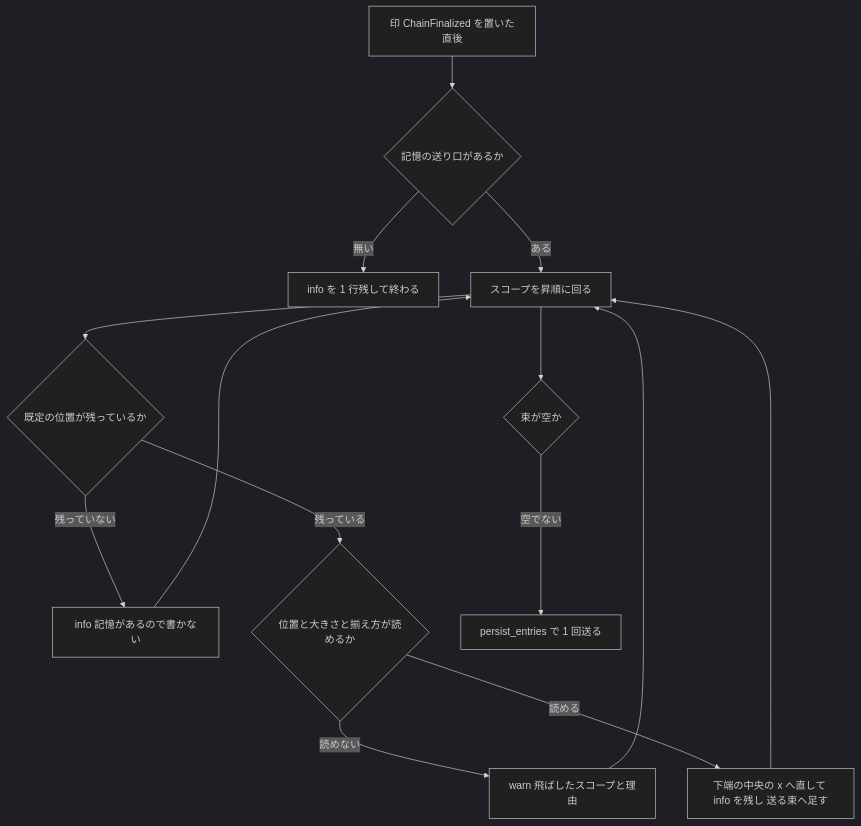
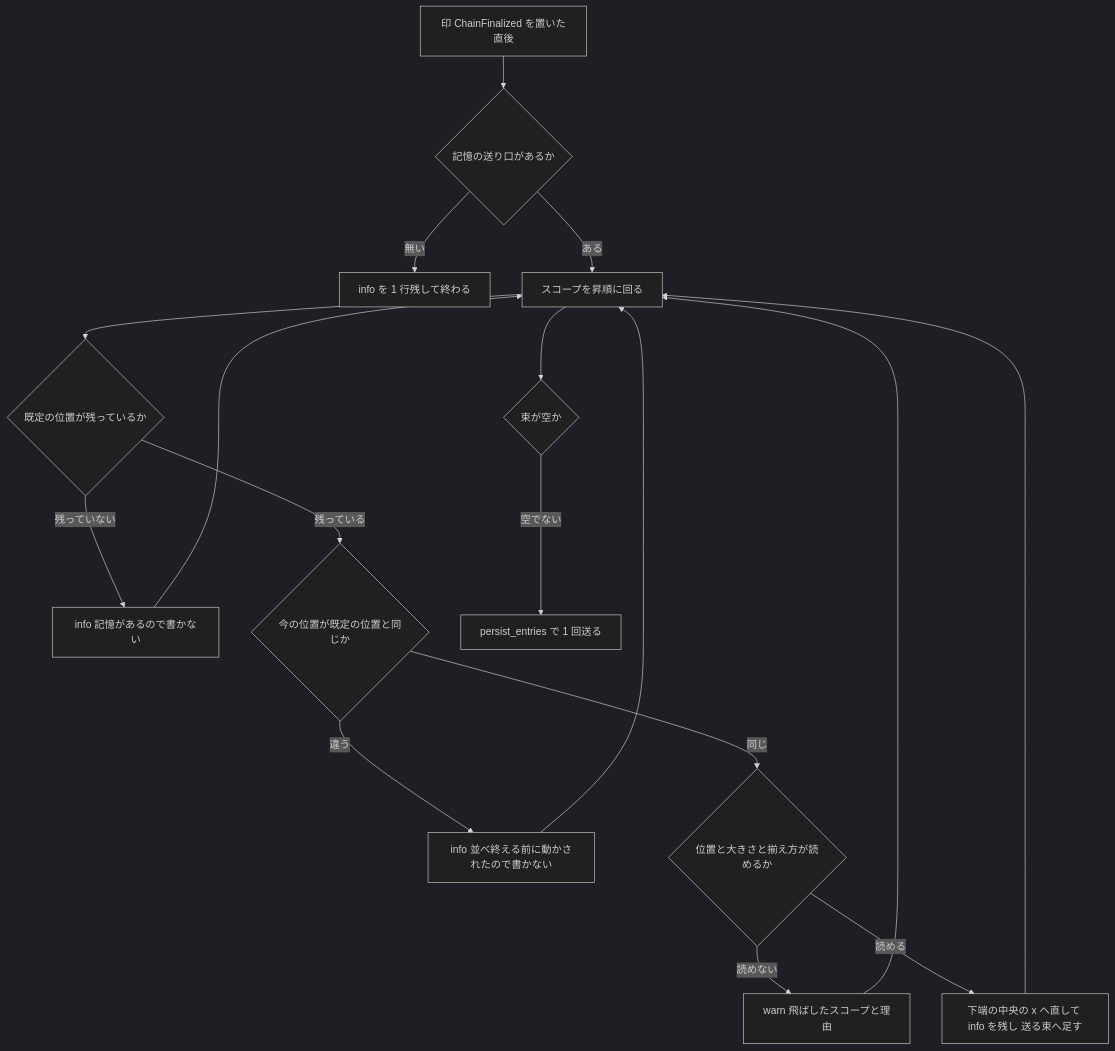
Before and after one commit to ekicyou/areka: the second of 2 diagrams in .kiro/specs/areka-P0-char-position-save-on-exit/design.md, drawn with Mermaid (dark theme). The commit also changed other lines of this file and 1 other file, not shown here.

````diff
--- a/.kiro/specs/areka-P0-char-position-save-on-exit/design.md
+++ b/.kiro/specs/areka-P0-char-position-save-on-exit/design.md
@@ -152,16 +152,19 @@
 ```mermaid
 flowchart TD
     A[印 ChainFinalized を置いた直後] --> B{記憶の送り口があるか}
     B -- 無い --> B1[info を 1 行残して終わる]
     B -- ある --> C[スコープを昇順に回る]
     C --> D{既定の位置が残っているか}
     D -- 残っていない --> D1[info 記憶があるので書かない]
-    D -- 残っている --> E{位置と大きさと揃え方が読めるか}
+    D -- 残っている --> D2{今の位置が既定の位置と同じか}
+    D2 -- 違う --> D3[info 並べ終える前に動かされたので書かない]
+    D3 --> C
+    D2 -- 同じ --> E{位置と大きさと揃え方が読めるか}
     E -- 読めない --> E1[warn 飛ばしたスコープと理由]
     E -- 読める --> F[下端の中央の x へ直して info を残し 送る束へ足す]
     D1 --> C
     E1 --> C
     F --> C
     C --> G{束が空か}
     G -- 空でない --> H[persist_entries で 1 回送る]
 ```
````
